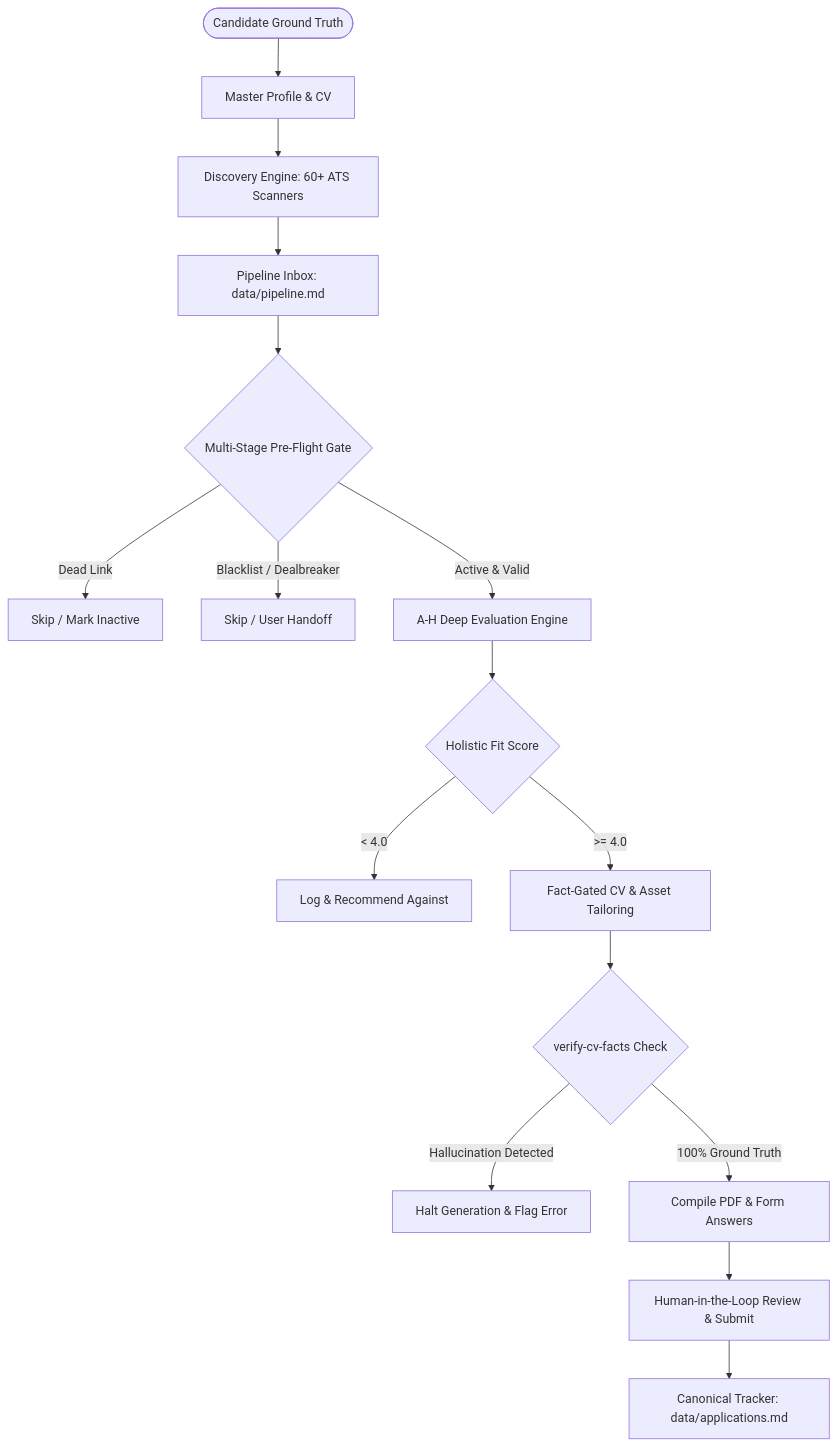
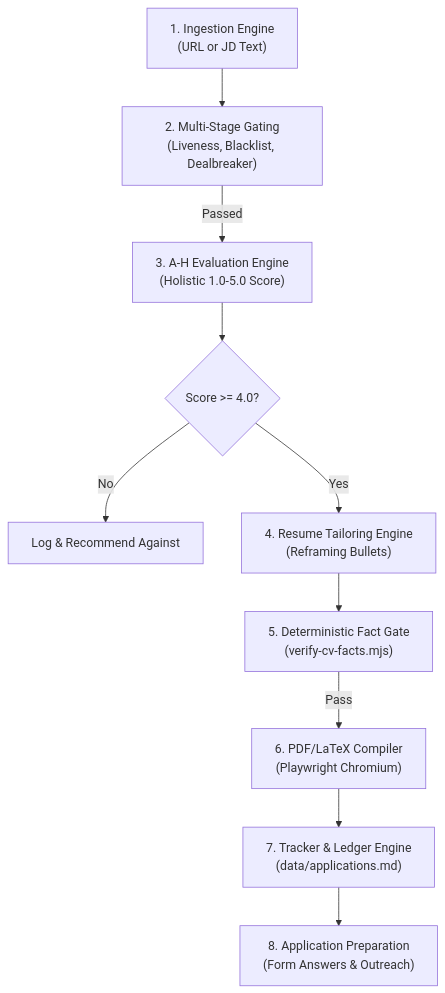
Before and after one commit to CJCreator/Jobs_Automated: the third of 4 diagrams in docs/product/PRD.md, drawn with Mermaid. The commit also changed other lines of this file and 76 other files, not shown here.

````diff
--- a/docs/product/PRD.md
+++ b/docs/product/PRD.md
@@ -14,22 +96,12 @@
 ```mermaid
 flowchart TD
-    Candidate([Candidate Ground Truth]) --> Profile[Master Profile & CV]
-    Profile --> Discovery[Discovery Engine: 60+ ATS Scanners]
-    Discovery --> PipelineInbox[Pipeline Inbox: data/pipeline.md]
-    
-    PipelineInbox --> Gating{Multi-Stage Pre-Flight Gate}
-    Gating -->|Dead Link| DeadDrop[Skip / Mark Inactive]
-    Gating -->|Blacklist / Dealbreaker| BlacklistSkip[Skip / User Handoff]
-    Gating -->|Active & Valid| Evaluation[A-H Deep Evaluation Engine]
-    
-    Evaluation --> FitScore{Holistic Fit Score}
-    FitScore -->|< 4.0| Defer[Log & Recommend Against]
-    FitScore -->|>= 4.0| Tailor[Fact-Gated CV & Asset Tailoring]
-    
-    Tailor --> FactGate{verify-cv-facts Check}
-    FactGate -->|Hallucination Detected| Reject[Halt Generation & Flag Error]
-    FactGate -->|100% Ground Truth| Export[Compile PDF & Form Answers]
-    
-    Export --> HumanReview[Human-in-the-Loop Review & Submit]
-    HumanReview --> Tracker[Canonical Tracker: data/applications.md]
+    Ingest["1. Ingestion Engine\n(URL or JD Text)"] --> Gate["2. Multi-Stage Gating\n(Liveness, Blacklist, Dealbreaker)"]
+    Gate -->|Passed| Eval["3. A-H Evaluation Engine\n(Holistic 1.0-5.0 Score)"]
+    Eval --> ScoreThreshold{"Score >= 4.0?"}
+    ScoreThreshold -->|No| LogOnly["Log & Recommend Against"]
+    ScoreThreshold -->|Yes| Tailor["4. Resume Tailoring Engine\n(Reframing Bullets)"]
+    Tailor --> FactGate["5. Deterministic Fact Gate\n(verify-cv-facts.mjs)"]
+    FactGate -->|Pass| Render["6. PDF/LaTeX Compiler\n(Playwright Chromium)"]
+    Render --> Track["7. Tracker & Ledger Engine\n(data/applications.md)"]
+    Track --> ApplyPrep["8. Application Preparation\n(Form Answers & Outreach)"]
 ```
````
